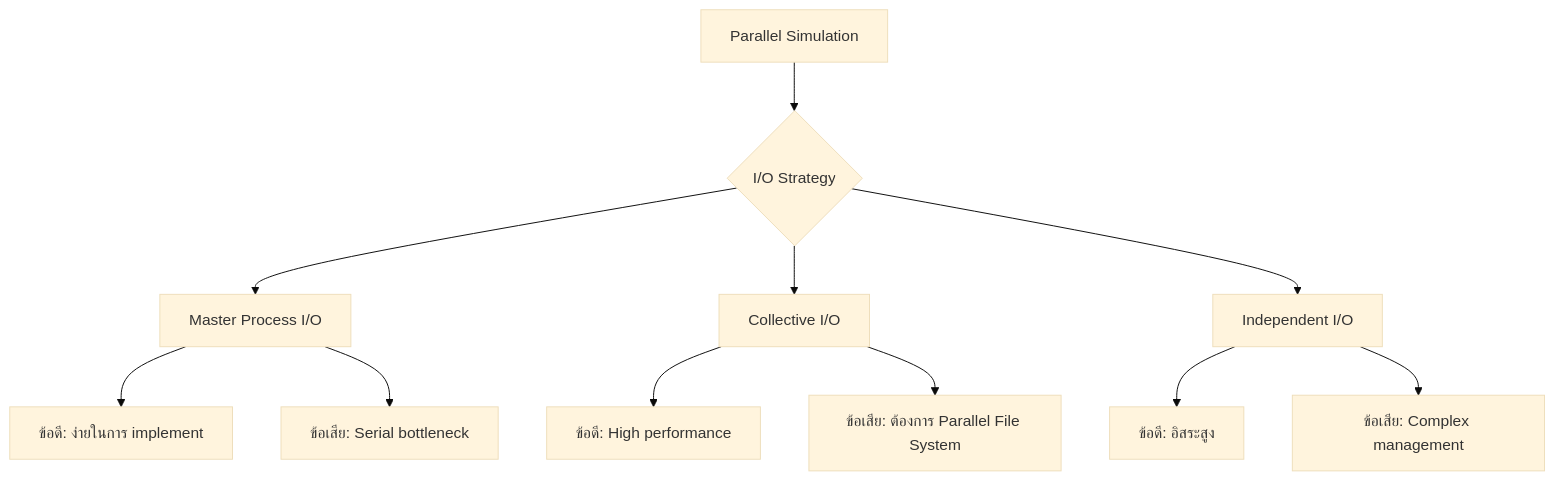
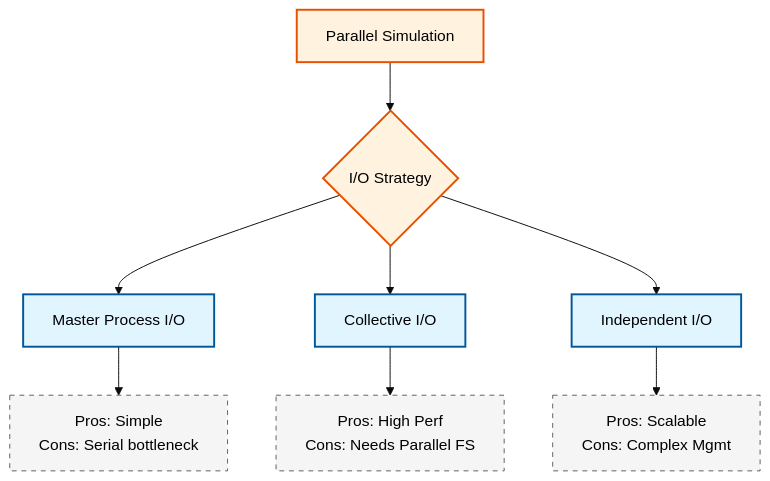
Before and after one commit to wramet/build-my-cfd: the first of 2 diagrams in MODULE_07_UTILITIES_AUTOMATION/CONTENT/06_PARALLEL_COMPUTING/03_Optimization_Techniques.md, drawn with Mermaid (base theme). The commit also changed other lines of this file and 313 other files, not shown here.

Commit message:
Revise all diagram

````diff
--- a/MODULE_07_UTILITIES_AUTOMATION/CONTENT/06_PARALLEL_COMPUTING/03_Optimization_Techniques.md
+++ b/MODULE_07_UTILITIES_AUTOMATION/CONTENT/06_PARALLEL_COMPUTING/03_Optimization_Techniques.md
@@ -426,16 +426,13 @@
 ```mermaid
 flowchart TD
-    A["Parallel Simulation"] --> B{"I/O Strategy"}
-    B --> C["Master Process I/O"]
-    B --> D["Collective I/O"]
-    B --> E["Independent I/O"]
-
-    C --> C1["ข้อดี: ง่ายในการ implement"]
-    C --> C2["ข้อเสีย: Serial bottleneck"]
-
-    D --> D1["ข้อดี: High performance"]
-    D --> D2["ข้อเสีย: ต้องการ Parallel File System"]
-
-    E --> E1["ข้อดี: อิสระสูง"]
-    E --> E2["ข้อเสีย: Complex management"]
+classDef implicit fill:#e1f5fe,stroke:#01579b,stroke-width:2px,color:#000
+classDef explicit fill:#fff3e0,stroke:#e65100,stroke-width:2px,color:#000
+classDef context fill:#f5f5f5,stroke:#616161,stroke-width:1px,color:#000,stroke-dasharray: 5 5
+A[Parallel Simulation]:::explicit --> B{I/O Strategy}:::explicit
+B --> C[Master Process I/O]:::implicit
+B --> D[Collective I/O]:::implicit
+B --> E[Independent I/O]:::implicit
+C --> C1[Pros: Simple<br>Cons: Serial bottleneck]:::context
+D --> D1[Pros: High Perf<br>Cons: Needs Parallel FS]:::context
+E --> E1[Pros: Scalable<br>Cons: Complex Mgmt]:::context
 ```
````
